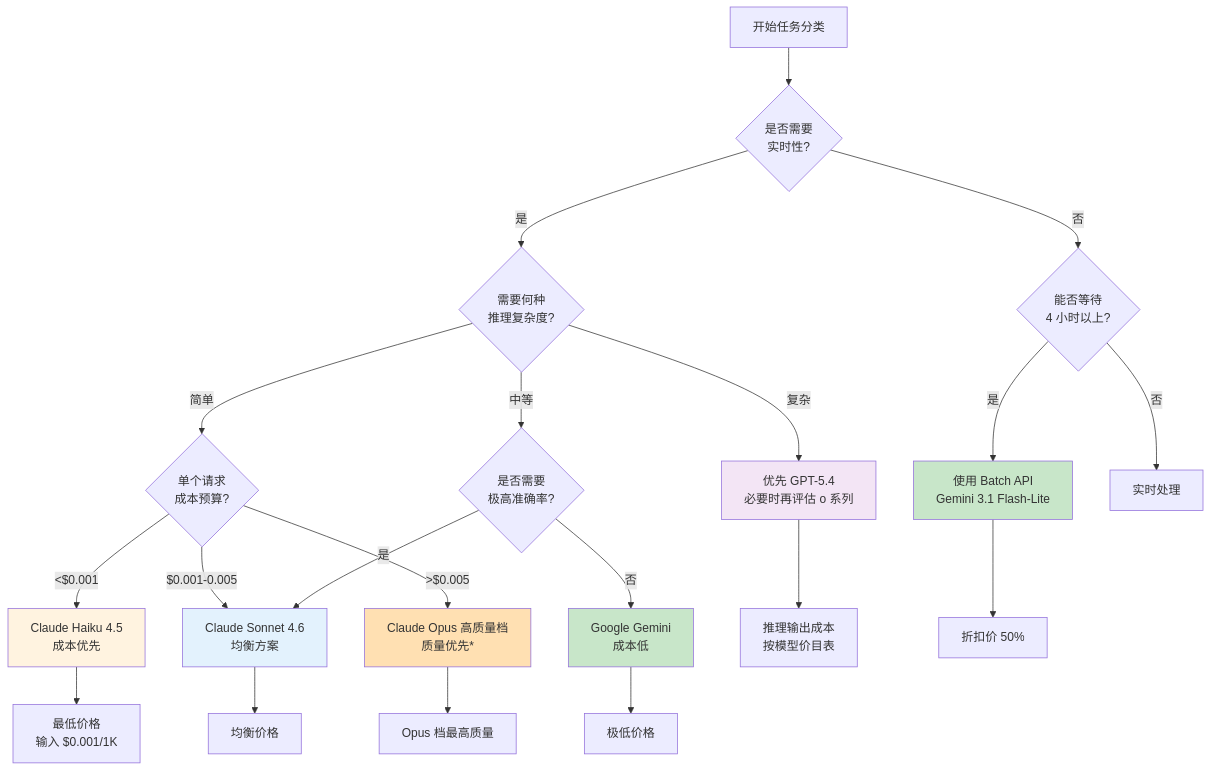
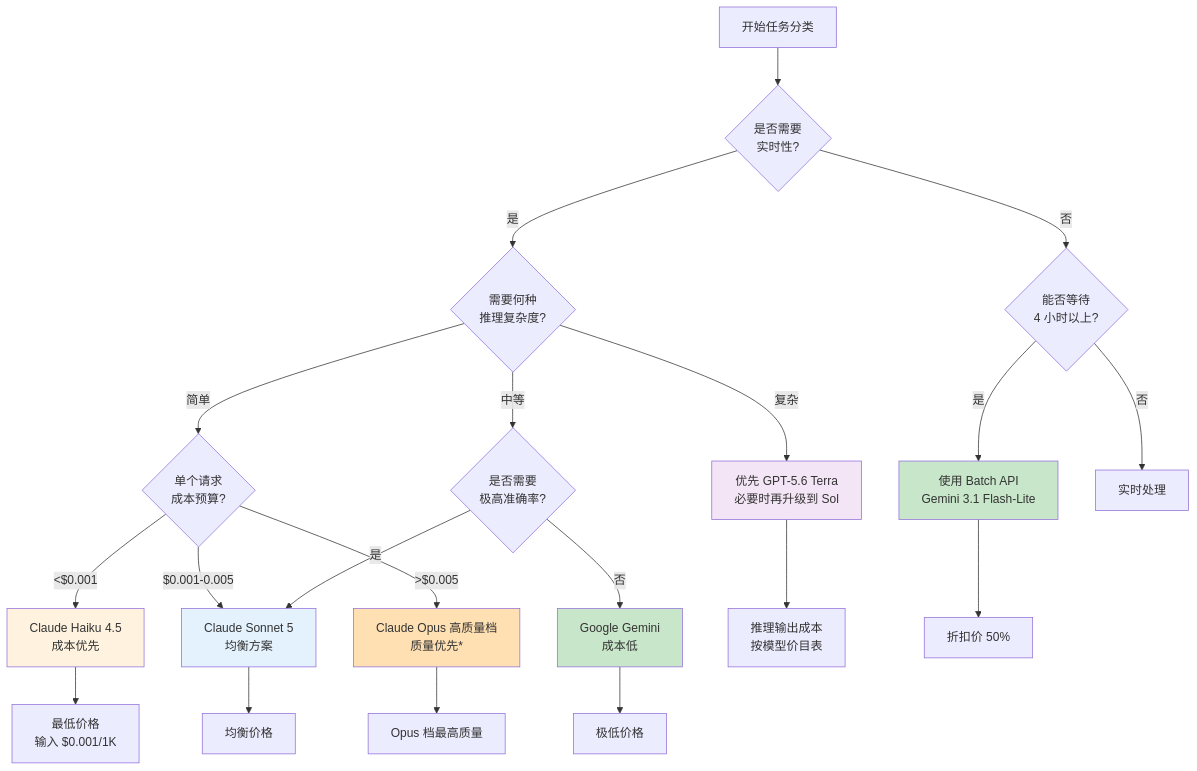
Before and after one commit to changsongyang/prompt_engineering_guide: the fifth of 6 diagrams in 12_automated_pe/12.5_promptops_cost_management.md, drawn with Mermaid. The commit also changed other lines of this file and 14 other files, not shown here.

````diff
--- a/12_automated_pe/12.5_promptops_cost_management.md
+++ b/12_automated_pe/12.5_promptops_cost_management.md
@@ -464,35 +468,35 @@
 ```mermaid
 graph TD
     Start["开始任务分类"] --> Q1{"是否需要<br/>实时性?"}
 
     Q1 -->|是| Q2{"需要何种<br/>推理复杂度?"}
     Q1 -->|否| Q3{"能否等待<br/>4 小时以上?"}
 
     Q2 -->|简单| Q4{"单个请求<br/>成本预算?"}
     Q2 -->|中等| Q5{"是否需要<br/>极高准确率?"}
-    Q2 -->|复杂| UseO1["优先 GPT-5.4<br/>必要时再评估 o 系列"]
+    Q2 -->|复杂| UseO1["优先 GPT-5.6 Terra<br/>必要时再升级到 Sol"]
 
     Q3 -->|是| UseBatch["使用 Batch API<br/>Gemini 3.1 Flash-Lite"]
     Q3 -->|否| RT["实时处理"]
 
     Q4 -->|<$0.001| UseHaiku["Claude Haiku 4.5<br/>成本优先"]
-    Q4 -->|$0.001-0.005| UseSonnet["Claude Sonnet 4.6<br/>均衡方案"]
+    Q4 -->|$0.001-0.005| UseSonnet["Claude Sonnet 5<br/>均衡方案"]
     Q4 -->|>$0.005| UseOpus["Claude Opus 高质量档<br/>质量优先*"]
 
     Q5 -->|是| UseSonnet
     Q5 -->|否| UseGemini["Google Gemini<br/>成本低"]
 
     UseO1 --> Cost1["推理输出成本<br/>按模型价目表"]
     UseBatch --> Cost2["折扣价 50%"]
     UseHaiku --> Cost3["最低价格<br/>输入 $0.001/1K"]
     UseSonnet --> Cost4["均衡价格"]
     UseOpus --> Cost5["Opus 档最高质量"]
     UseGemini --> Cost6["极低价格"]
 
     style UseO1 fill:#f3e5f5
     style UseBatch fill:#c8e6c9
     style UseHaiku fill:#fff3e0
     style UseSonnet fill:#e3f2fd
     style UseOpus fill:#ffe0b2
     style UseGemini fill:#c8e6c9
 ```
````
